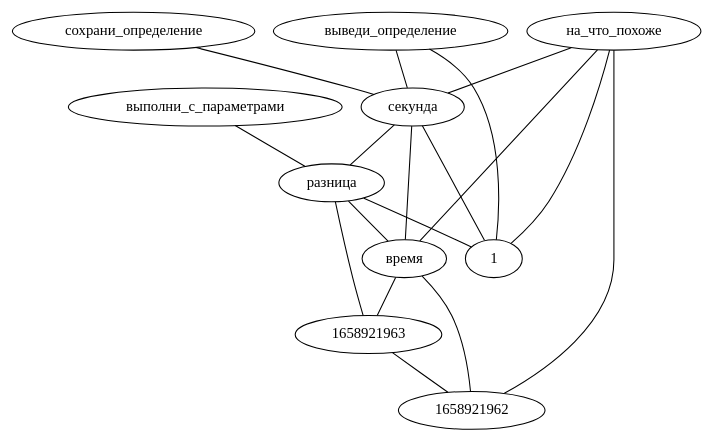
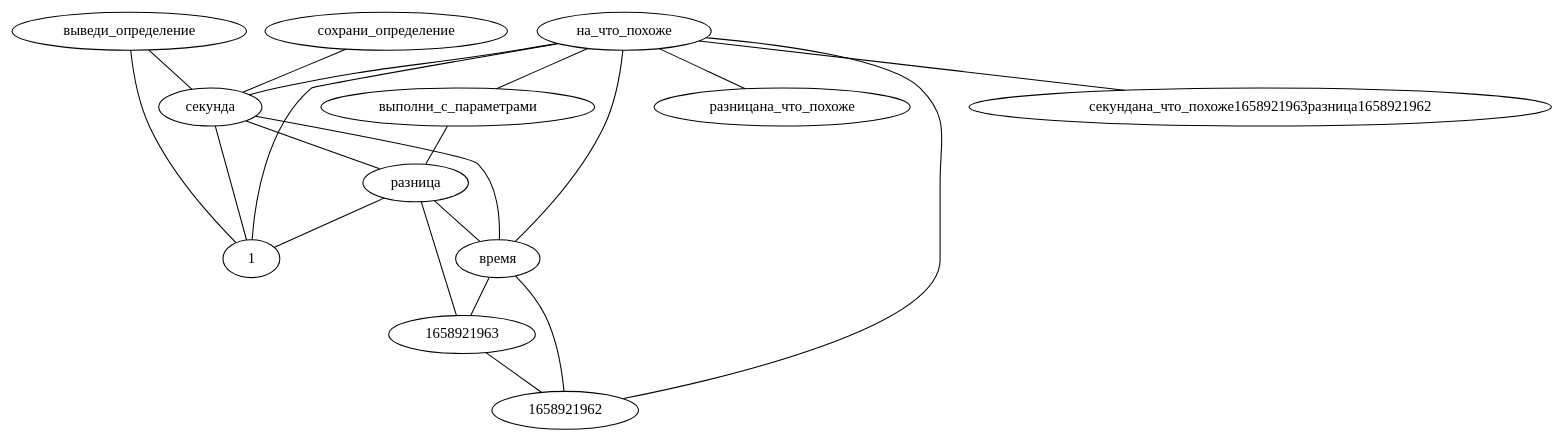
One commit to LeonovEvgenii/AGI changed the diagram in graphs/local_graph.dot. Above: the diagram before and after it, drawn with Graphviz. The commit also changed 1 other file, not shown here.

```diff
--- a/graphs/local_graph.dot
+++ b/graphs/local_graph.dot
@@ -1,19 +1,22 @@
 strict graph G {
 "время" -- "1658921962"
 "время" -- "1658921963"
 "выполни_с_параметрами" -- "разница"
 "разница" -- "1658921963"
 "1658921963" -- "1658921962"
 "разница" -- "1"
 "сохрани_определение" -- "секунда"
 "секунда" -- "1"
 "разница" -- "время"
 "секунда" -- "разница"
 "секунда" -- "время"
 "выведи_определение" -- "секунда"
 "выведи_определение" -- "1"
 "на_что_похоже" -- "1"
 "на_что_похоже" -- "секунда"
 "на_что_похоже" -- "1658921962"
 "на_что_похоже" -- "время"
+"на_что_похоже" -- "выполни_с_параметрами"
+"на_что_похоже" -- "разницана_что_похоже"
+"на_что_похоже" -- "секундана_что_похоже1658921963разница1658921962"
 }
```
